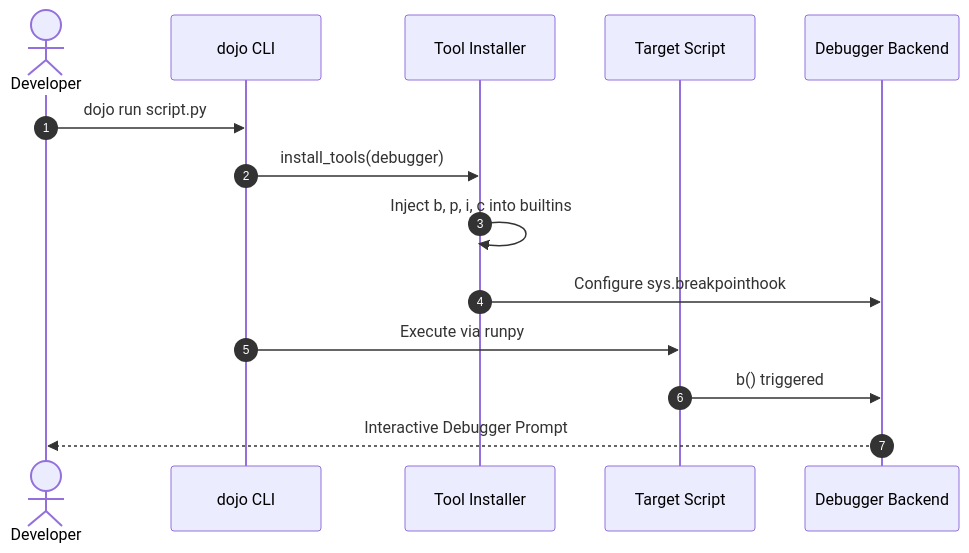
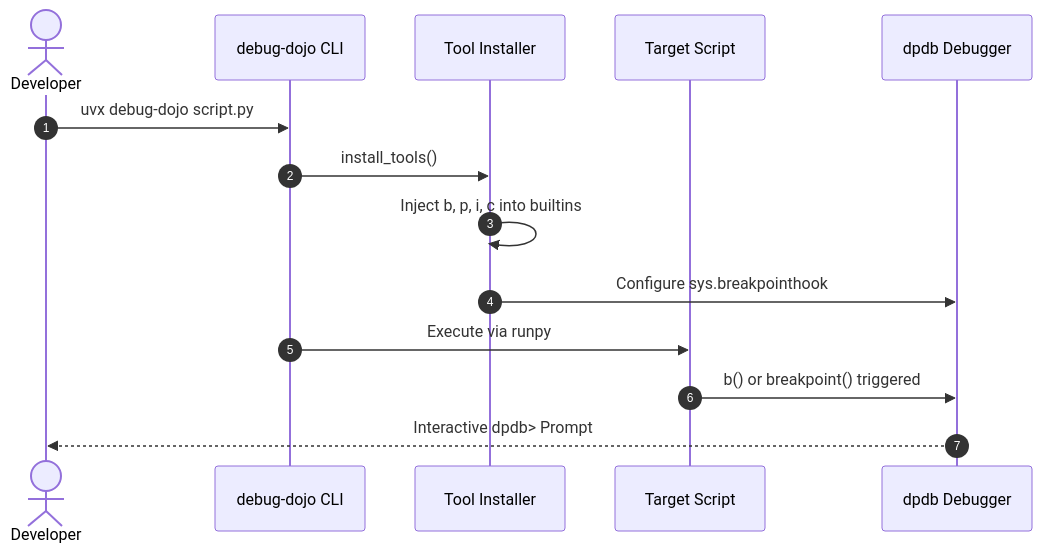
One commit to bwrob/debug-dojo changed the second of 3 diagrams in docs/getting-started.md. Above: the diagram before and after it, drawn with Mermaid. The commit also changed other lines of this file and 30 other files, not shown here.

First line of the commit message:
feat: pivot to standalone dpdb debugger and opinionated runner (#147)

````diff
--- a/docs/getting-started.md
+++ b/docs/getting-started.md
@@ -166,17 +166,17 @@
 ```mermaid
 sequenceDiagram
     autonumber
     actor Dev as Developer
-    participant CLI as dojo CLI
+    participant CLI as debug-dojo CLI
     participant Inst as Tool Installer
     participant Target as Target Script
-    participant Dbg as Debugger Backend
+    participant Dpdb as dpdb Debugger
 
-    Dev->>CLI: dojo run script.py
-    CLI->>Inst: install_tools(debugger)
+    Dev->>CLI: uvx debug-dojo script.py
+    CLI->>Inst: install_tools()
     Inst->>Inst: Inject b, p, i, c into builtins
-    Inst->>Dbg: Configure sys.breakpointhook
+    Inst->>Dpdb: Configure sys.breakpointhook
     CLI->>Target: Execute via runpy
-    Target->>Dbg: b() triggered
-    Dbg-->>Dev: Interactive Debugger Prompt
+    Target->>Dpdb: b() or breakpoint() triggered
+    Dpdb-->>Dev: Interactive dpdb> Prompt
 ```
````
